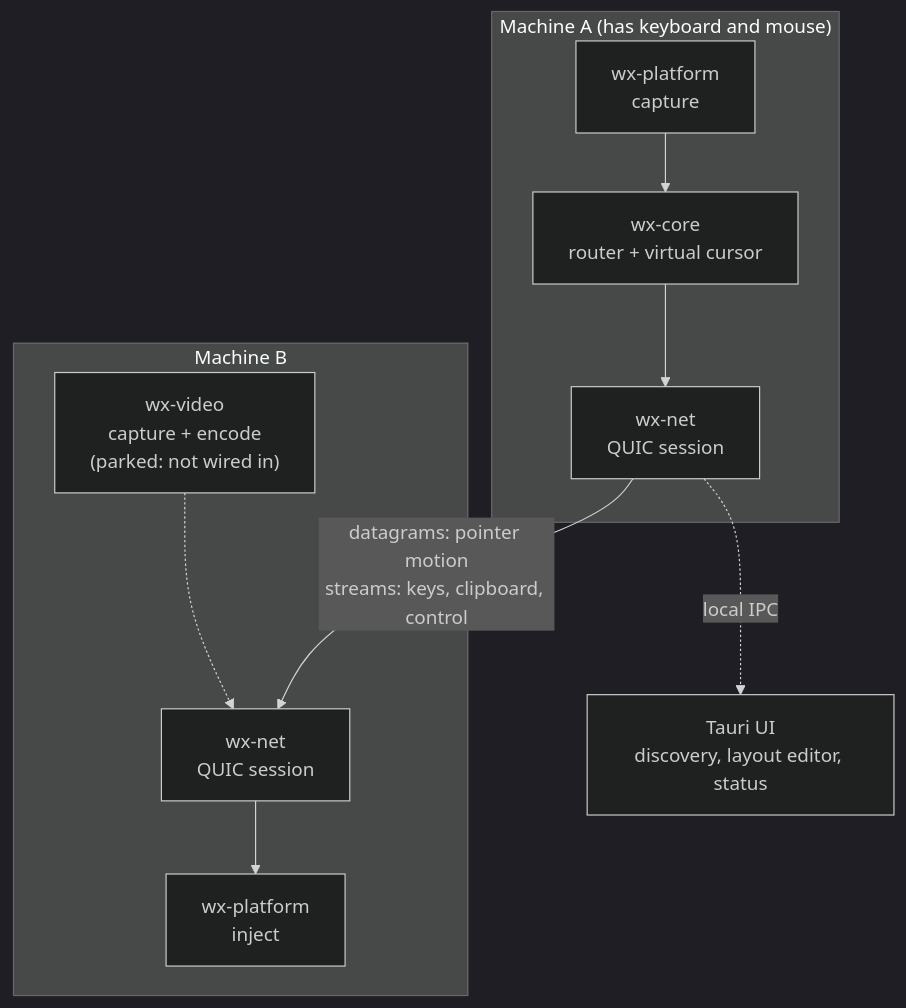
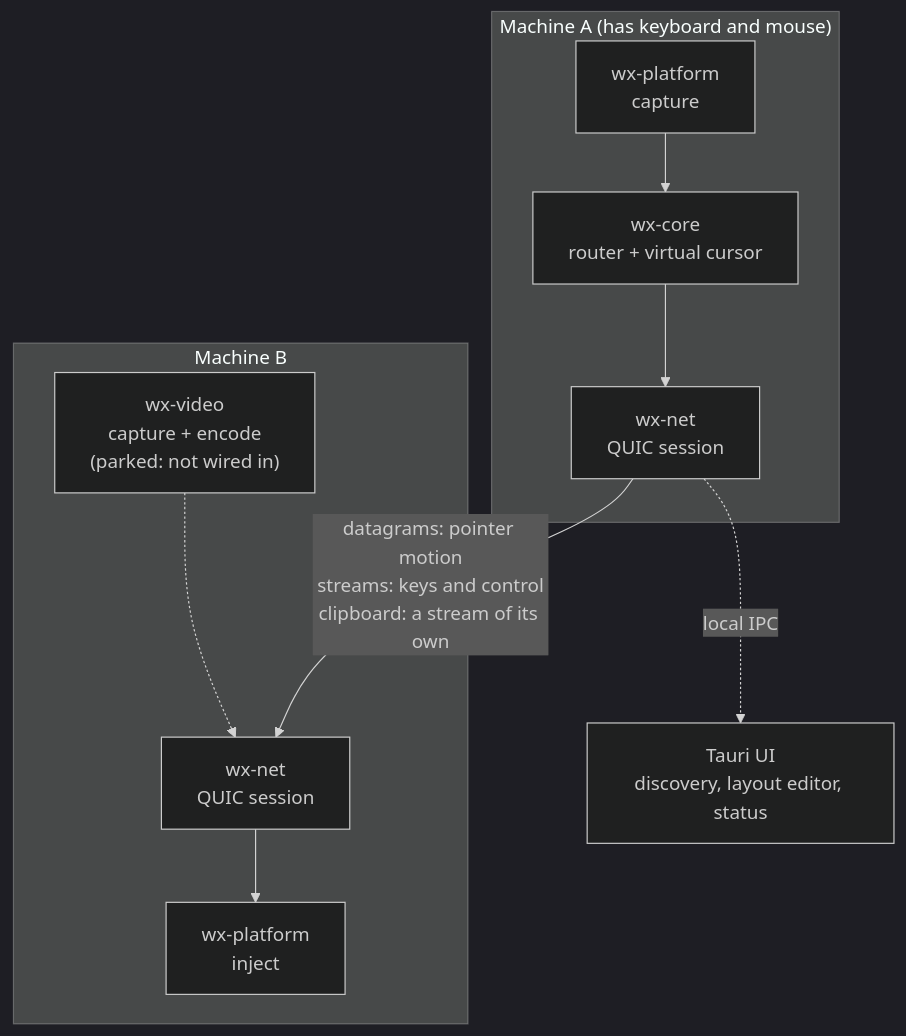
Before and after one commit to the-data-sherpa/WinXtend: the diagram in README.md, drawn with Mermaid (dark theme). The commit also changed other lines of this file and 12 other files, not shown here.

````diff
--- a/README.md
+++ b/README.md
@@ -145,13 +150,13 @@
 ```mermaid
 flowchart TD
     subgraph A["Machine A (has keyboard and mouse)"]
         AC[wx-platform<br/>capture] --> AR[wx-core<br/>router + virtual cursor]
         AR --> AN[wx-net<br/>QUIC session]
     end
     subgraph B["Machine B"]
         BN[wx-net<br/>QUIC session] --> BI[wx-platform<br/>inject]
         BV["wx-video<br/>capture + encode<br/>(parked: not wired in)"] -.-> BN
     end
-    AN -->|"datagrams: pointer motion<br/>streams: keys, clipboard, control"| BN
+    AN -->|"datagrams: pointer motion<br/>streams: keys and control<br/>clipboard: a stream of its own"| BN
     AN -.->|local IPC| UI[Tauri UI<br/>discovery, layout editor, status]
 ```
````
